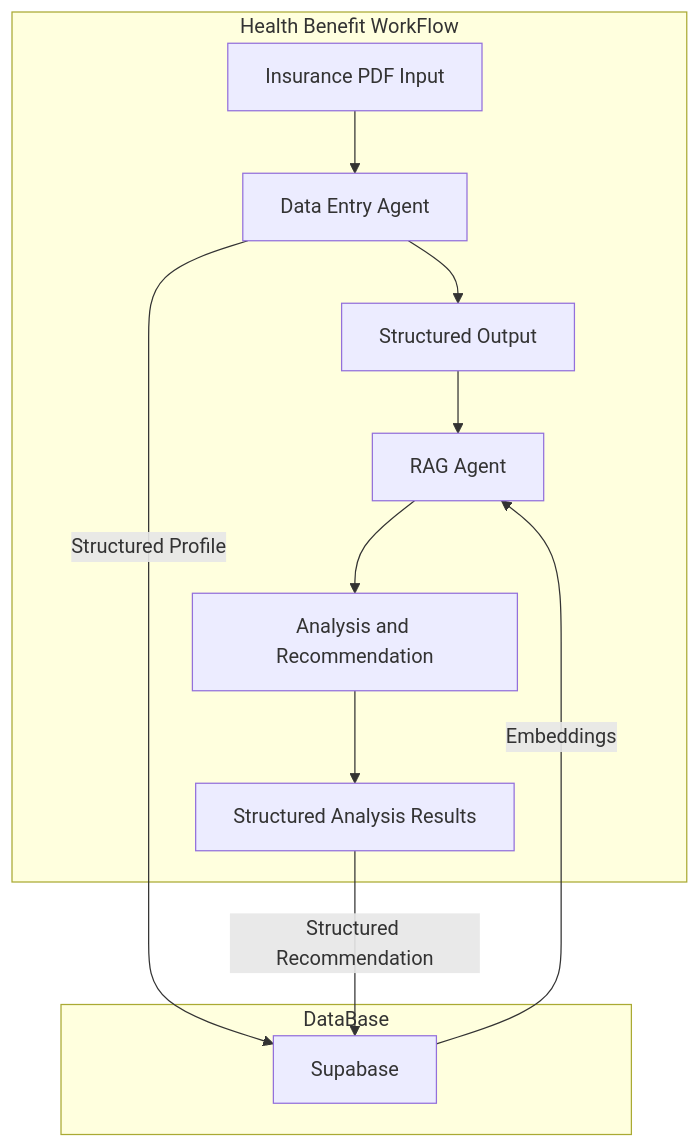
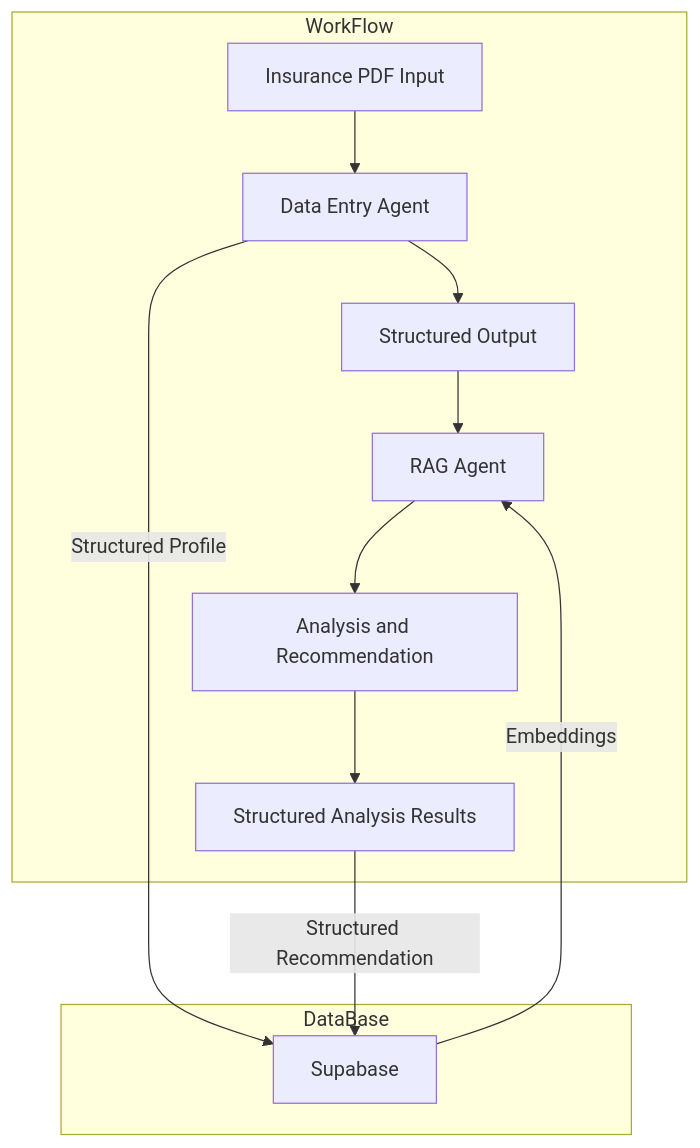
One commit to dathpham/house-insurnace-agent changed the diagram in Readme.md. Above: the diagram before and after it, drawn with Mermaid.

````diff
--- a/Readme.md
+++ b/Readme.md
@@ -27,24 +27,24 @@
 ```mermaid
 graph TB
-    subgraph Health Benefit WorkFlow
+    subgraph WorkFlow
         Input[Insurance PDF Input]
         DataEntry[Data Entry Agent]
         StructureOuput[Structured Output]
         Agent[RAG Agent]
         Recommendation[Analysis and Recommendation]
         Output[Structured Analysis Results]
 
         Input --> DataEntry
         DataEntry --> StructureOuput
         StructureOuput --> Agent
         Agent --> Recommendation
         Recommendation --> Output
     end
 
     subgraph DataBase
         DataEntry --> |Structured Profile| Supabase
         Output --> |Structured Recommendation| Supabase
         Supabase --> |Embeddings| Agent
     end
 
 ```
````
